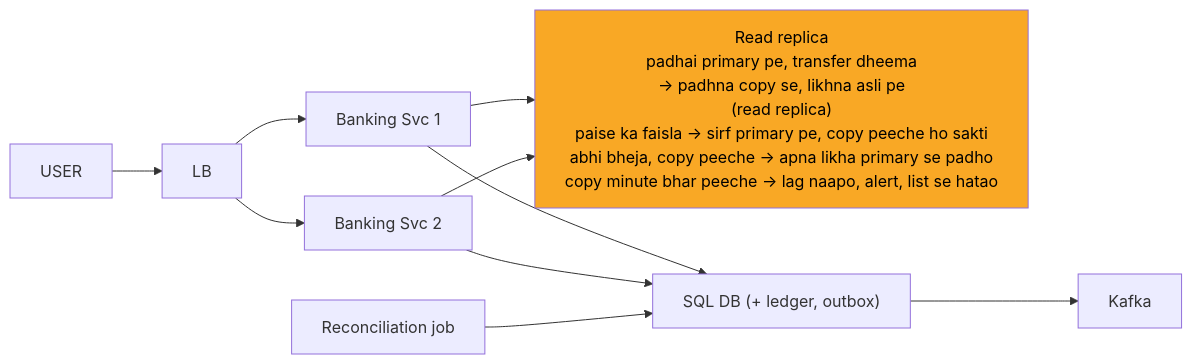
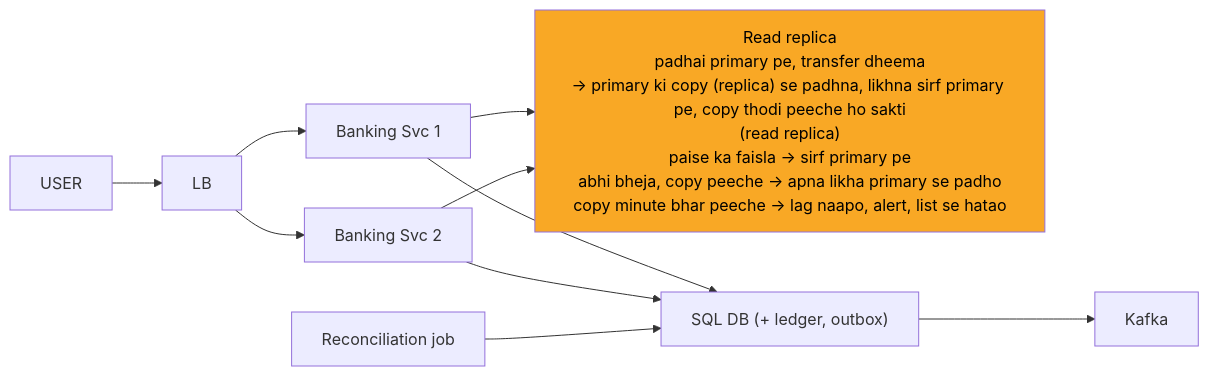
Before and after one commit to ArpanMaheshwari144/Prep: the ninth of 13 diagrams in 04_HLD/SYSTEM_DESIGNS/13_banking_system/13_banking_system.md, drawn with Mermaid. The commit also changed other lines of this file and 13 other files, not shown here.

````diff
--- a/04_HLD/SYSTEM_DESIGNS/13_banking_system/13_banking_system.md
+++ b/04_HLD/SYSTEM_DESIGNS/13_banking_system/13_banking_system.md
@@ -297,22 +296,22 @@
 ```mermaid
 %%{init: {"flowchart": {"wrappingWidth": 450}}}%%
 flowchart LR
     n_USER["USER"]
     n_LB["LB"]
     n_S1["Banking Svc 1"]
     n_S2["Banking Svc 2"]
-    n_RR["Read replica<br/>padhai primary pe, transfer dheema<br/>-> padhna copy se, likhna asli pe<br/>(read replica)<br/>paise ka faisla -> sirf primary pe, copy peeche ho sakti<br/>abhi bheja, copy peeche -> apna likha primary se padho<br/>copy minute bhar peeche -> lag naapo, alert, list se hatao"]
+    n_RR["Read replica<br/>padhai primary pe, transfer dheema<br/>-> primary ki copy (replica) se padhna, likhna sirf primary pe, copy thodi peeche ho sakti<br/>(read replica)<br/>paise ka faisla -> sirf primary pe<br/>abhi bheja, copy peeche -> apna likha primary se padho<br/>copy minute bhar peeche -> lag naapo, alert, list se hatao"]
     n_DB["SQL DB (+ ledger, outbox)"]
     n_K["Kafka"]
     n_REC["Reconciliation job"]
     n_USER --> n_LB
     n_LB --> n_S1
     n_LB --> n_S2
     n_S1 --> n_RR
     n_S2 --> n_RR
     n_S1 --> n_DB
     n_S2 --> n_DB
     n_DB --> n_K
     n_REC --> n_DB
     style n_RR fill:#f9a825,color:#000
 ```
````
